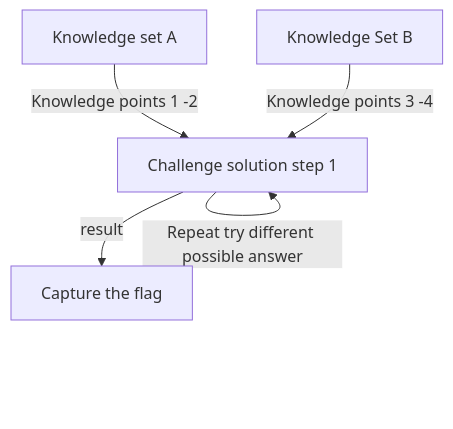
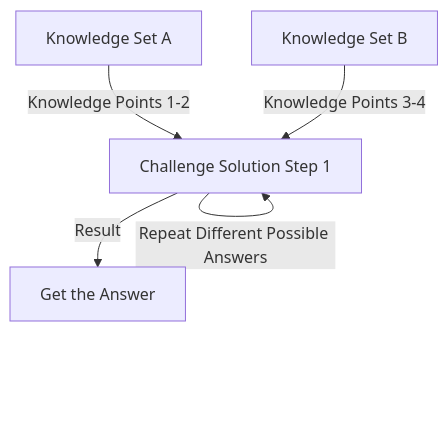
One commit to LiuYuancheng/IT_OT_IoT_Cyber_Security_Workshop changed the second of 4 diagrams in others/LLM_On_CyberSecurityQuestions/LLM_On_CyberSecurityQuestions.md. Above: the diagram before and after it, drawn with Mermaid. The commit also changed other lines of this file, not shown here.

Commit message:
update the result analysis and summary.

````diff
--- a/others/LLM_On_CyberSecurityQuestions/LLM_On_CyberSecurityQuestions.md
+++ b/others/LLM_On_CyberSecurityQuestions/LLM_On_CyberSecurityQuestions.md
@@ -349,8 +366,8 @@
 ```mermaid
 flowchart TD
-    A[Knowledge set A] --> |Knowledge points 1 -2| D 
-    B[Knowledge Set B] --> |Knowledge points 3 -4| D
-    D[Testing steps] -->| Repeat try different possible answer | D
-    D[Challenge solution step 1] -->|result| F
-    F[Capture the flag]
+    A[Knowledge Set A] --> |Knowledge Points 1-2| D 
+    B[Knowledge Set B] --> |Knowledge Points 3-4| D
+    D[Testing Steps] --> |Repeat Different Possible Answers| D
+    D[Challenge Solution Step 1] --> |Result| F
+    F[Get the Answer]
 ```
````
